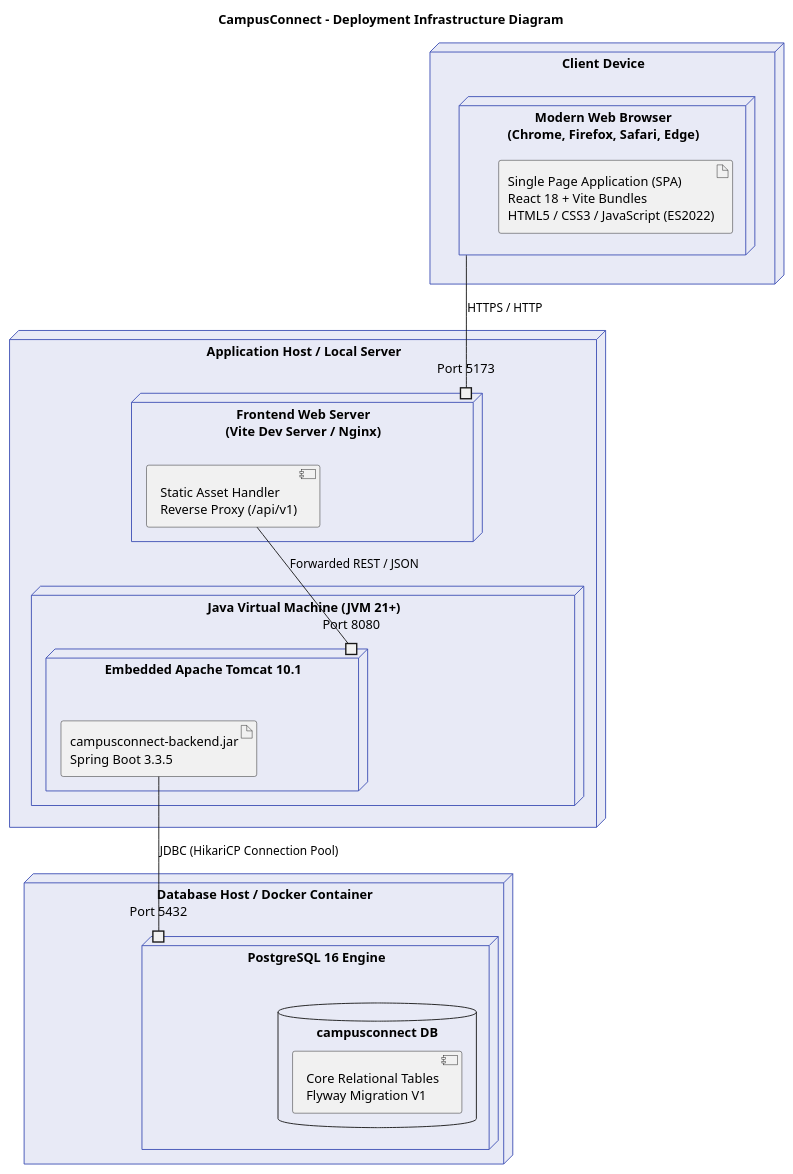
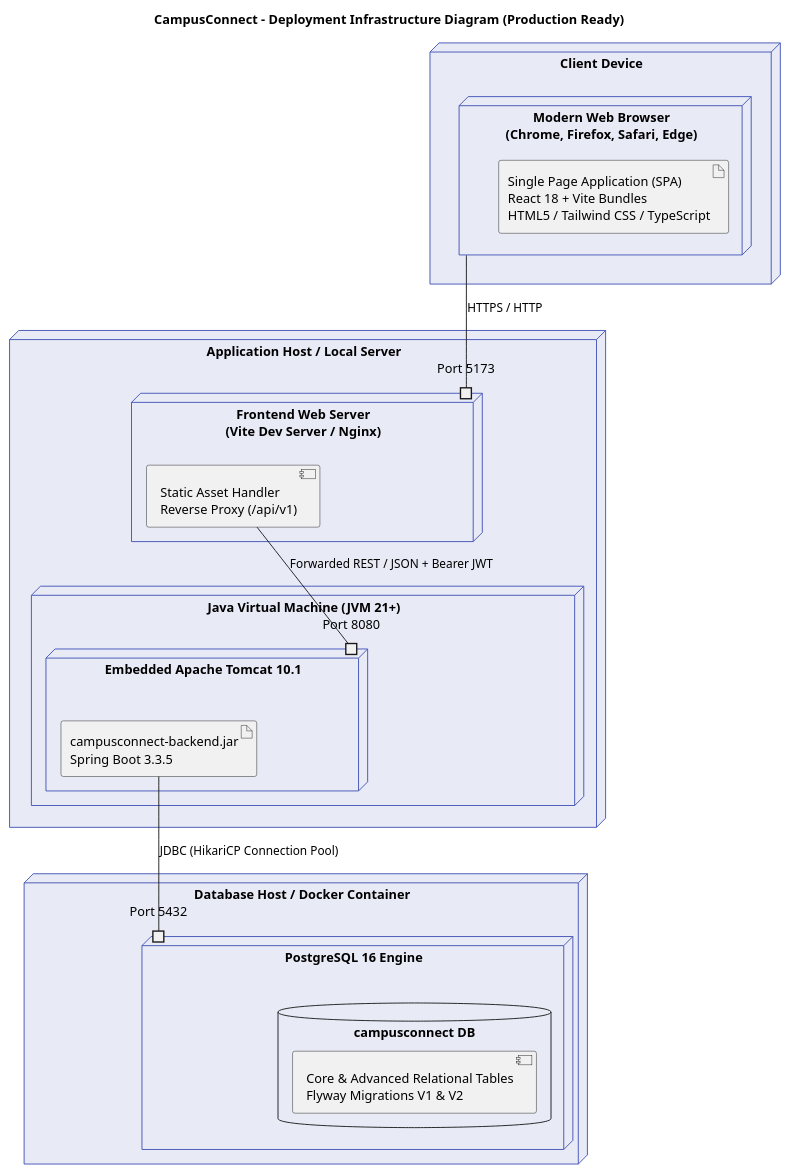
Before and after one commit to avaneeshk2307-wq/OOM-Project: the diagram in CampusConnect/diagrams/deployment-diagram.puml, drawn with PlantUML. The commit also changed 9 other files, not shown here.

Commit message:
docs: Phase 2 Milestone 17 - Comprehensive UML Diagrams, OOM Traceability Matrix, Project Report, Presentation Deck, and Viva Voce Guide

```diff
--- a/CampusConnect/diagrams/deployment-diagram.puml
+++ b/CampusConnect/diagrams/deployment-diagram.puml
@@ -1,42 +1,42 @@
 @startuml deployment-diagram
-title CampusConnect - Deployment Infrastructure Diagram
+title CampusConnect - Deployment Infrastructure Diagram (Production Ready)
 skinparam node {
     borderColor #3F51B5
     backgroundColor #E8EAF6
 }
 
 node "Client Device" as client {
     node "Modern Web Browser\n(Chrome, Firefox, Safari, Edge)" as browser {
-        artifact "Single Page Application (SPA)\nReact 18 + Vite Bundles\nHTML5 / CSS3 / JavaScript (ES2022)" as spaArtifact
+        artifact "Single Page Application (SPA)\nReact 18 + Vite Bundles\nHTML5 / Tailwind CSS / TypeScript" as spaArtifact
     }
 }
 
 node "Application Host / Local Server" as appHost {
     node "Frontend Web Server\n(Vite Dev Server / Nginx)" as webServer {
         portin "Port 5173" as webPort
         component "Static Asset Handler\nReverse Proxy (/api/v1)" as proxy
     }
 
     node "Java Virtual Machine (JVM 21+)" as jvm {
         node "Embedded Apache Tomcat 10.1" as tomcat {
             portin "Port 8080" as apiPort
             artifact "campusconnect-backend.jar\nSpring Boot 3.3.5" as backendJar
         }
     }
 }
 
 node "Database Host / Docker Container" as dbHost {
     node "PostgreSQL 16 Engine" as pgEngine {
         portin "Port 5432" as dbPort
         database "campusconnect DB" as dbInstance {
-            component "Core Relational Tables\nFlyway Migration V1" as schema
+            component "Core & Advanced Relational Tables\nFlyway Migrations V1 & V2" as schema
         }
     }
 }
 
 ' Communication paths
 browser -- webPort : HTTPS / HTTP
-proxy -- apiPort : Forwarded REST / JSON
+proxy -- apiPort : Forwarded REST / JSON + Bearer JWT
 backendJar -- dbPort : JDBC (HikariCP Connection Pool)
 
 @enduml
```
